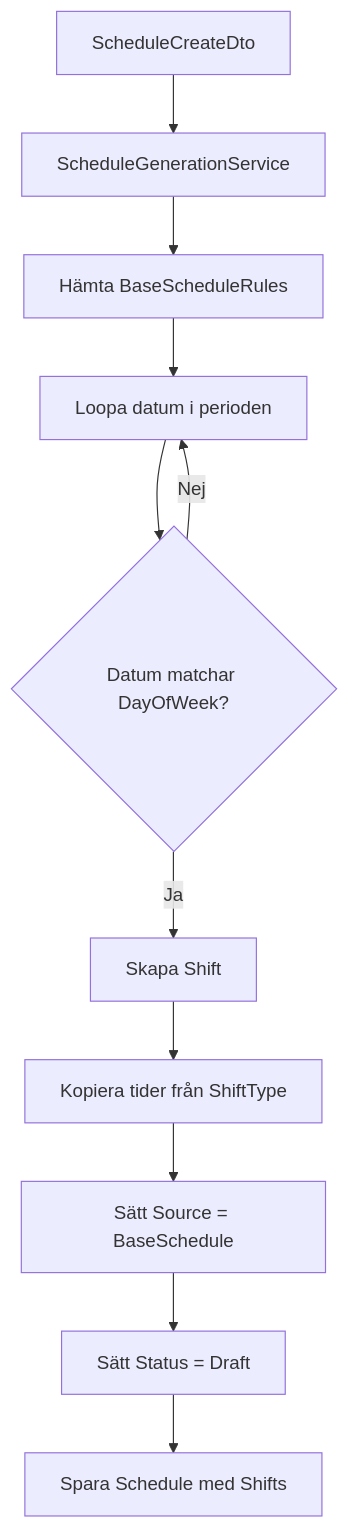
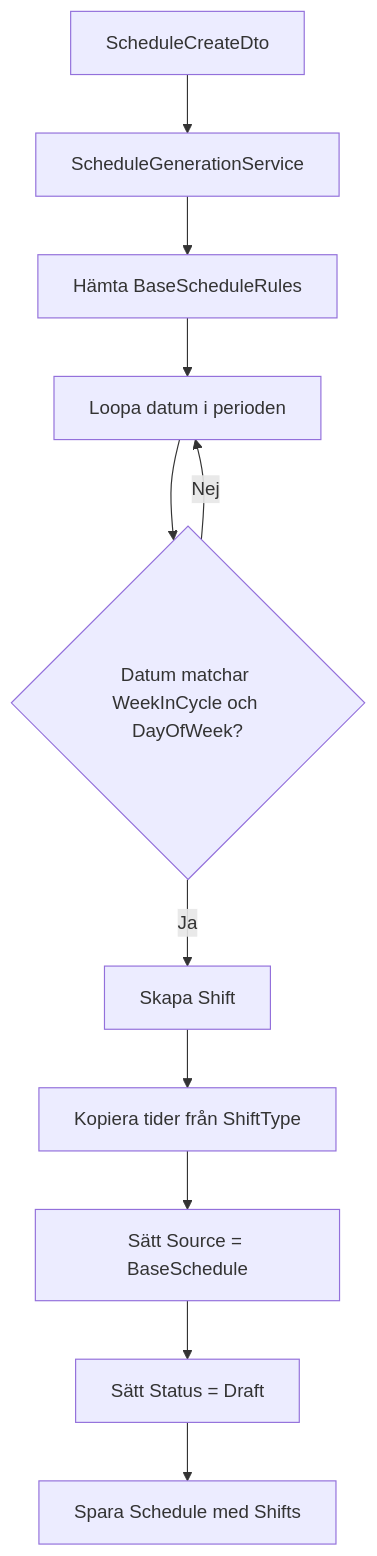
The second of 2 diagrams in backend/docs/domain-model.md (Edgarskonnegard/schemalaggning), drawn with Mermaid before and after one commit. The commit also changed other lines of this file and 40 other files, not shown here.

Commit message:
Update database architecture

````diff
--- a/backend/docs/domain-model.md
+++ b/backend/docs/domain-model.md
@@ -209,13 +189,13 @@
 ```mermaid
 flowchart TD
     A[ScheduleCreateDto] --> B[ScheduleGenerationService]
     B --> C[Hämta BaseScheduleRules]
     C --> D[Loopa datum i perioden]
-    D --> E{Datum matchar DayOfWeek?}
+    D --> E{Datum matchar WeekInCycle och DayOfWeek?}
     E -- Ja --> F[Skapa Shift]
     E -- Nej --> D
     F --> G[Kopiera tider från ShiftType]
     G --> H[Sätt Source = BaseSchedule]
     H --> I[Sätt Status = Draft]
     I --> J[Spara Schedule med Shifts]
 ```
````
